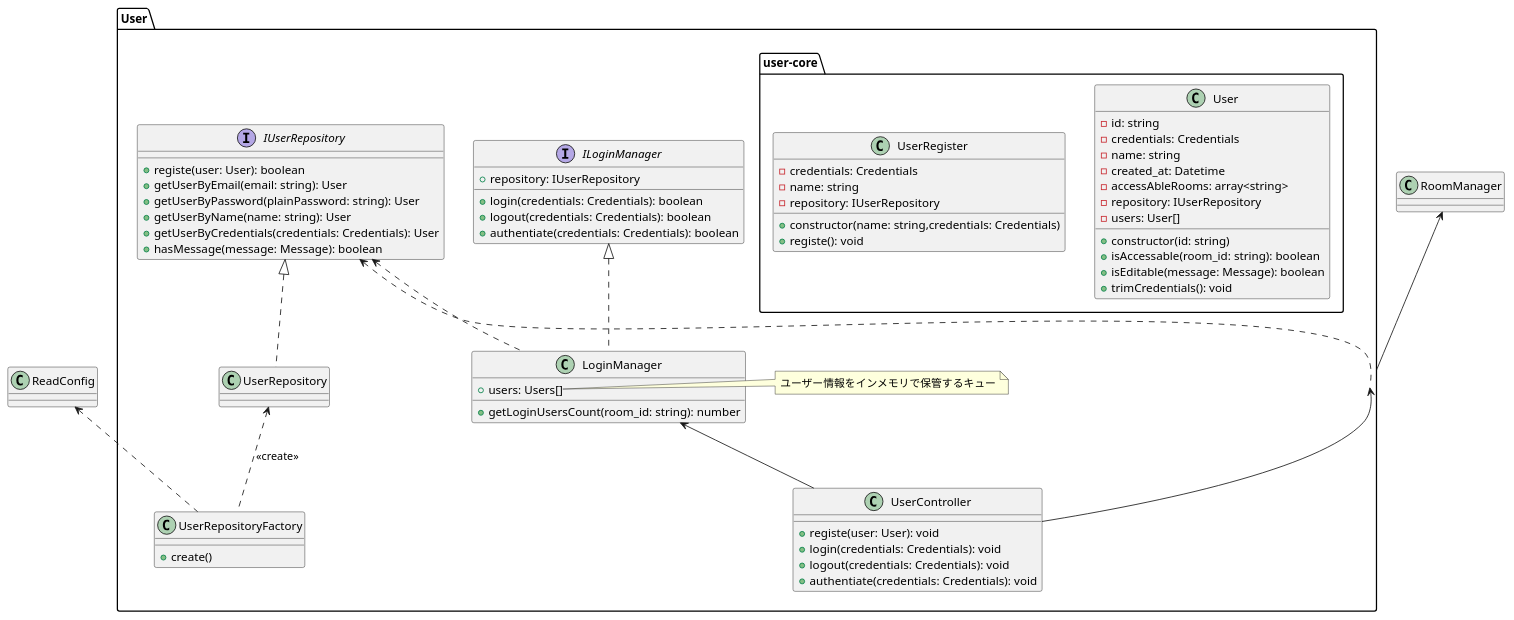
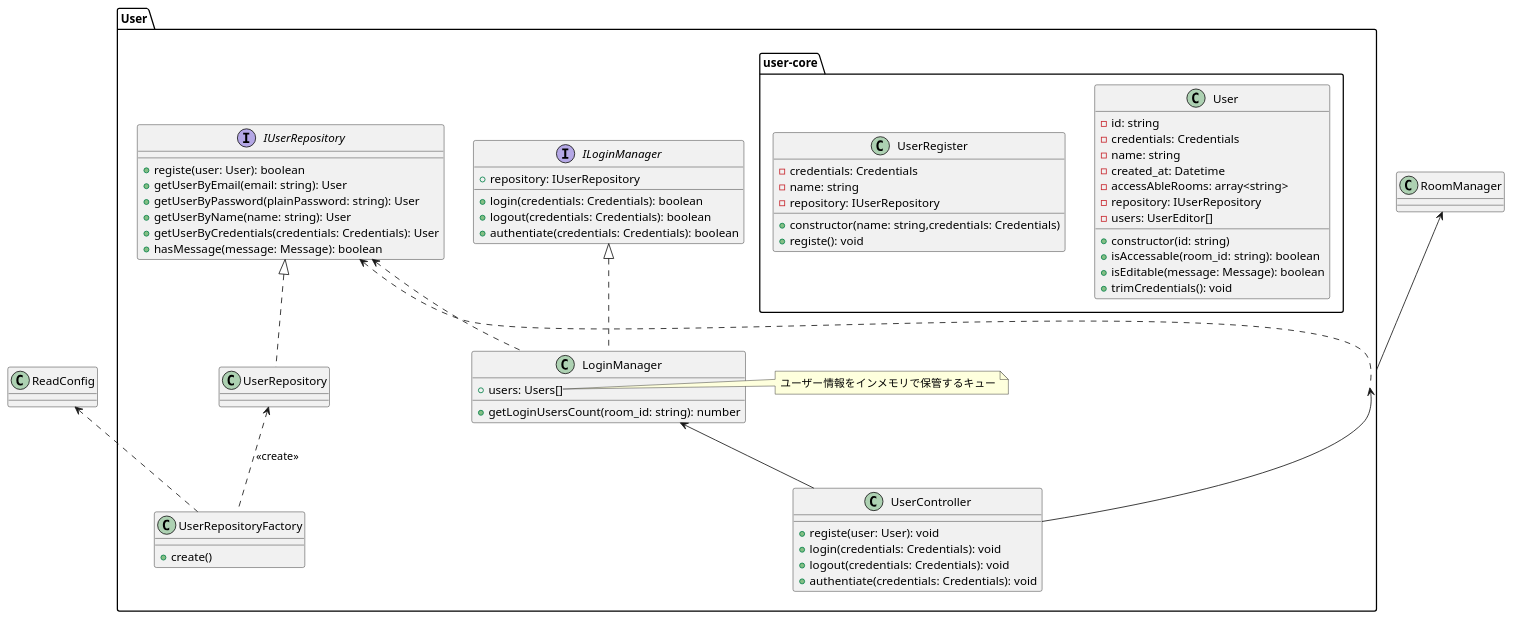
Before and after one commit to TOnodera/chatterman: the diagram in documents/plantUML/クラス図/サーバー/クラス図User.wsd, drawn with PlantUML. The commit also changed 22 other files, not shown here.

```diff
--- a/documents/plantUML/クラス図/サーバー/クラス図User.wsd
+++ b/documents/plantUML/クラス図/サーバー/クラス図User.wsd
@@ -1,79 +1,79 @@
 @startuml
 
 package User{
 
     package user-core{
         
         class User{
             -id: string
             -credentials: Credentials
             -name: string
             -created_at: Datetime
             -accessAbleRooms: array<string>
             -repository: IUserRepository
-            -users: User[]
+            -users: UserEditor[]
             +constructor(id: string)
             +isAccessable(room_id: string): boolean
             +isEditable(message: Message): boolean
             +trimCredentials(): void
         }
 
         class UserRegister{
             -credentials: Credentials
             -name: string
             -repository: IUserRepository
             +constructor(name: string,credentials: Credentials)
             +registe(): void
         }
     }
 
     Interface ILoginManager{
         +repository: IUserRepository
         +login(credentials: Credentials): boolean
         +logout(credentials: Credentials): boolean
         +authentiate(credentials: Credentials): boolean
     }
 
     class LoginManager{
         +users: Users[]
         +getLoginUsersCount(room_id: string): number
     }
     note right of LoginManager::users
     ユーザー情報をインメモリで保管するキュー
     endnote
 
     Interface IUserRepository{
         +registe(user: User): boolean
         +getUserByEmail(email: string): User
         +getUserByPassword(plainPassword: string): User
         +getUserByName(name: string): User
         +getUserByCredentials(credentials: Credentials): User
         +hasMessage(message: Message): boolean
     }
 
     class UserRepository
 
     class UserController{
         +registe(user: User): void
         +login(credentials: Credentials): void
         +logout(credentials: Credentials): void
         +authentiate(credentials: Credentials): void
     }
 
     class UserRepositoryFactory{
         +create()
     }
 
 }
 
 User <-- UserController
 ILoginManager <|.. LoginManager
 IUserRepository <.. User
 IUserRepository <.. LoginManager
 ReadConfig <.. UserRepositoryFactory
 IUserRepository <|.. UserRepository
 UserRepository <.. UserRepositoryFactory : <<create>>
 LoginManager <-- UserController
 RoomManager <-- User
 
 @enduml
```
